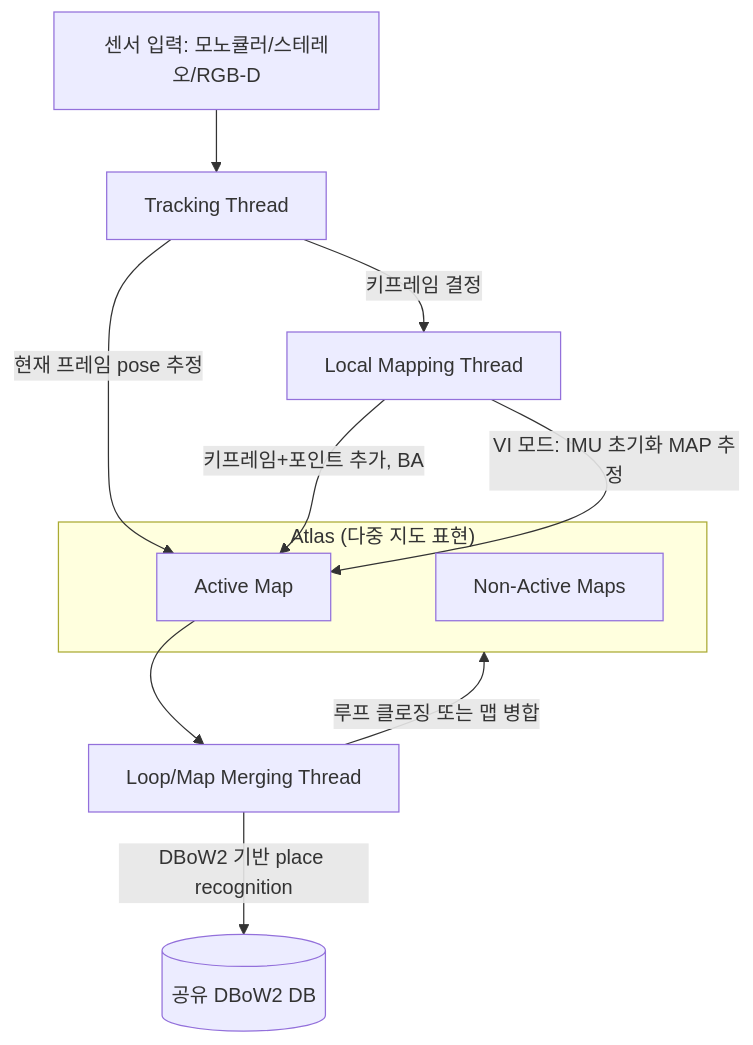
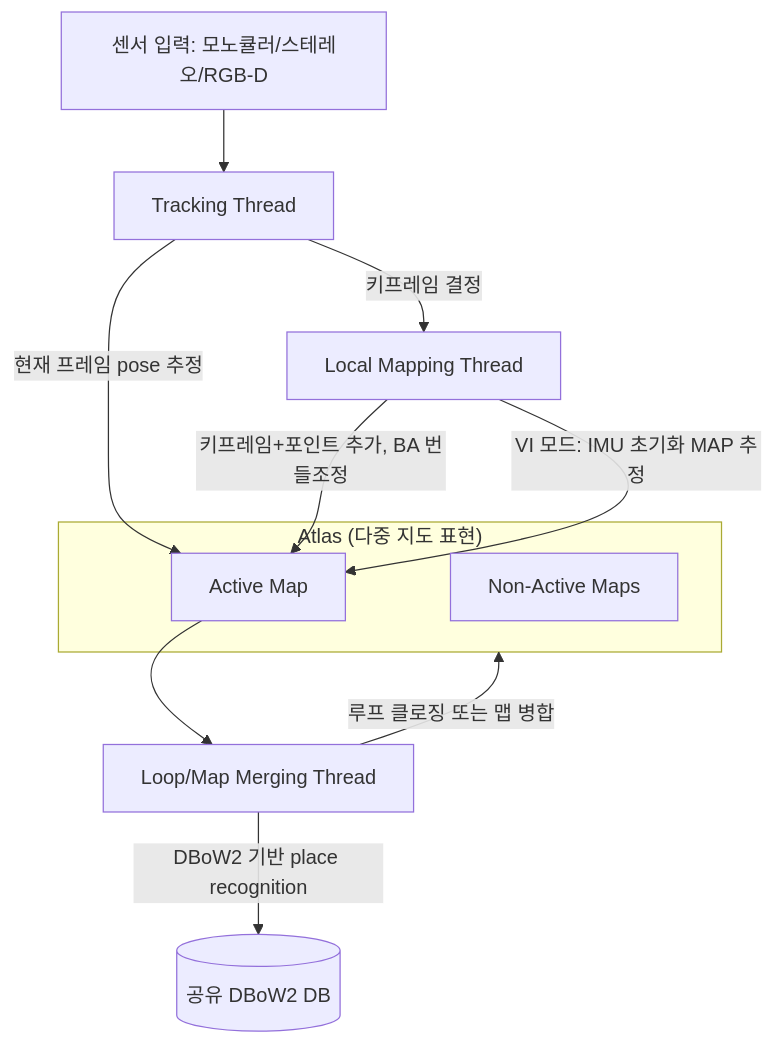
One commit to codebaragi23/ROS2-doc changed the first of 2 diagrams in SLAM 백엔드/D1-1_ORB-SLAM3_시스템_개요.md. Above: the diagram before and after it, drawn with Mermaid. The commit also changed other lines of this file and 47 other files, not shown here.

````diff
--- a/SLAM 백엔드/D1-1_ORB-SLAM3_시스템_개요.md
+++ b/SLAM 백엔드/D1-1_ORB-SLAM3_시스템_개요.md
@@ -34,15 +34,15 @@
 ```mermaid
 flowchart TB
     subgraph Atlas["Atlas (다중 지도 표현)"]
         AM[Active Map]
         NAM[Non-Active Maps]
     end
     IN[센서 입력: 모노큘러/스테레오/RGB-D] --> TR[Tracking Thread]
     TR -->|현재 프레임 pose 추정| AM
     TR -->|키프레임 결정| LM[Local Mapping Thread]
-    LM -->|키프레임+포인트 추가, BA| AM
+    LM -->|키프레임+포인트 추가, BA 번들조정| AM
     LM -->|VI 모드: IMU 초기화 MAP 추정| AM
     AM --> LC[Loop/Map Merging Thread]
     LC -->|DBoW2 기반 place recognition| DB[(공유 DBoW2 DB)]
     LC -->|루프 클로징 또는 맵 병합| Atlas
 ```
````
